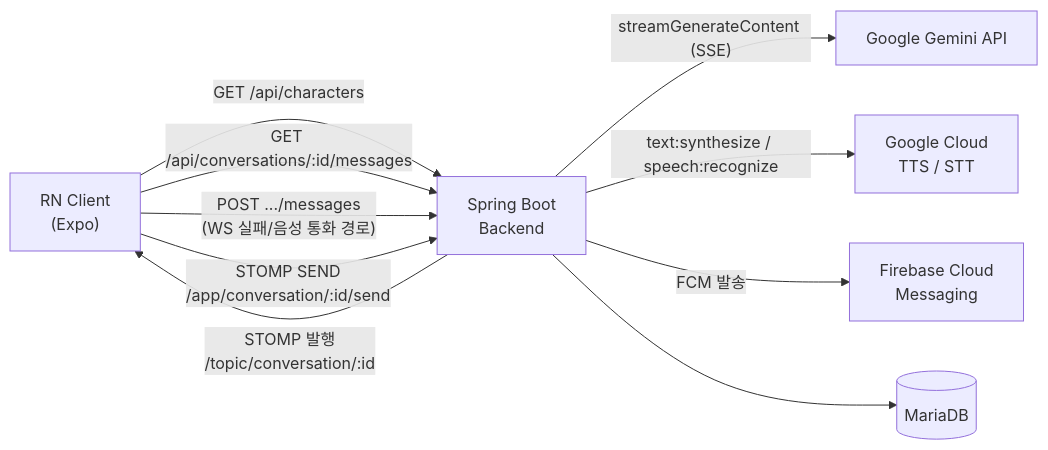
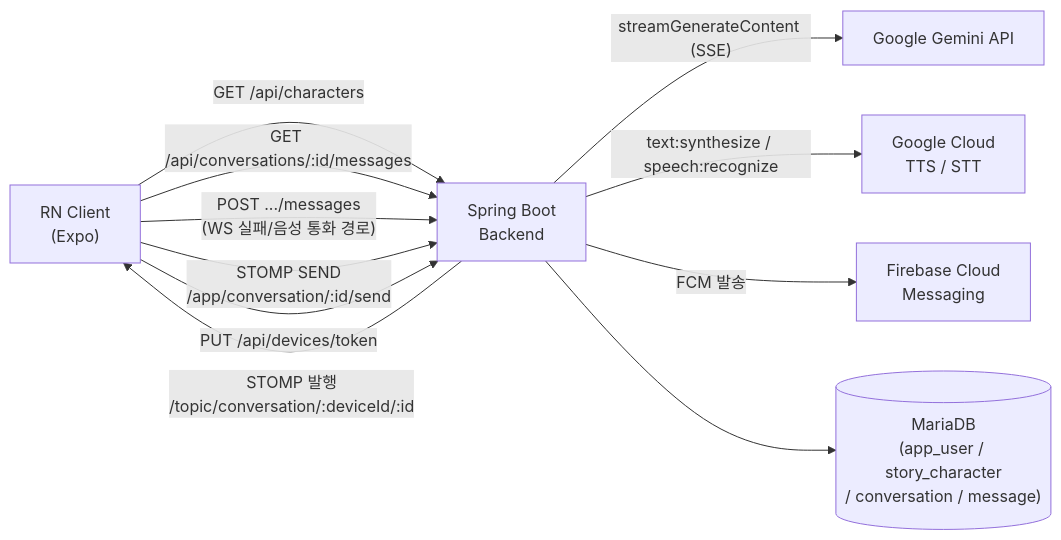
The first of 3 diagrams in docs/architecture/README.md (UiHyungZo/storia-story-chat), drawn with Mermaid before and after one commit. The commit also changed other lines of this file and 6 other files, not shown here.

First line of the commit message:
docs: replace planning PRDs with single as-built PRD, sync architecture docs

````diff
--- a/docs/architecture/README.md
+++ b/docs/architecture/README.md
@@ -9,12 +20,13 @@
 ```mermaid
 flowchart LR
     Client["RN Client\n(Expo)"] -->|"GET /api/characters"| Backend["Spring Boot\nBackend"]
     Client -->|"GET /api/conversations/:id/messages"| Backend
     Client -->|"POST .../messages\n(WS 실패/음성 통화 경로)"| Backend
     Client -->|"STOMP SEND\n/app/conversation/:id/send"| Backend
-    Backend -->|"STOMP 발행\n/topic/conversation/:id"| Client
+    Backend -->|"STOMP 발행\n/topic/conversation/:deviceId/:id"| Client
+    Client -->|"PUT /api/devices/token"| Backend
     Backend -->|"streamGenerateContent (SSE)"| Gemini["Google Gemini API"]
     Backend -->|"text:synthesize / speech:recognize"| GCloud["Google Cloud\nTTS / STT"]
     Backend -->|"FCM 발송"| FCM["Firebase Cloud\nMessaging"]
-    Backend --> DB[("MariaDB")]
+    Backend --> DB[("MariaDB\n(app_user / story_character\n/ conversation / message)")]
 ```
````
